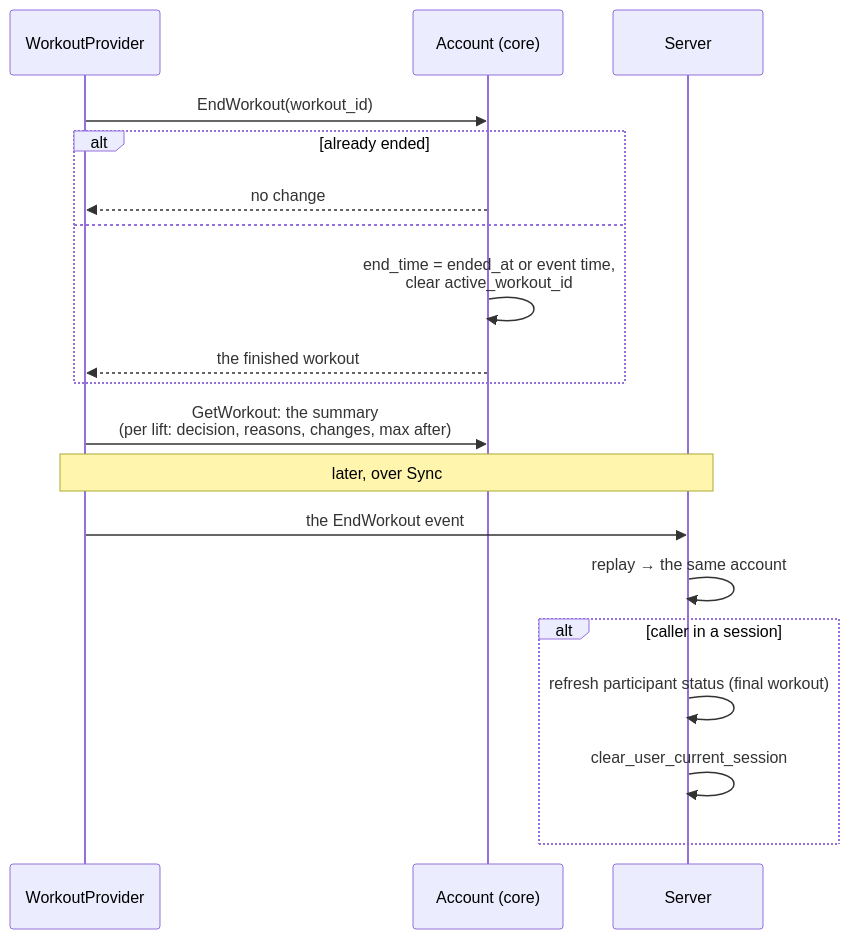
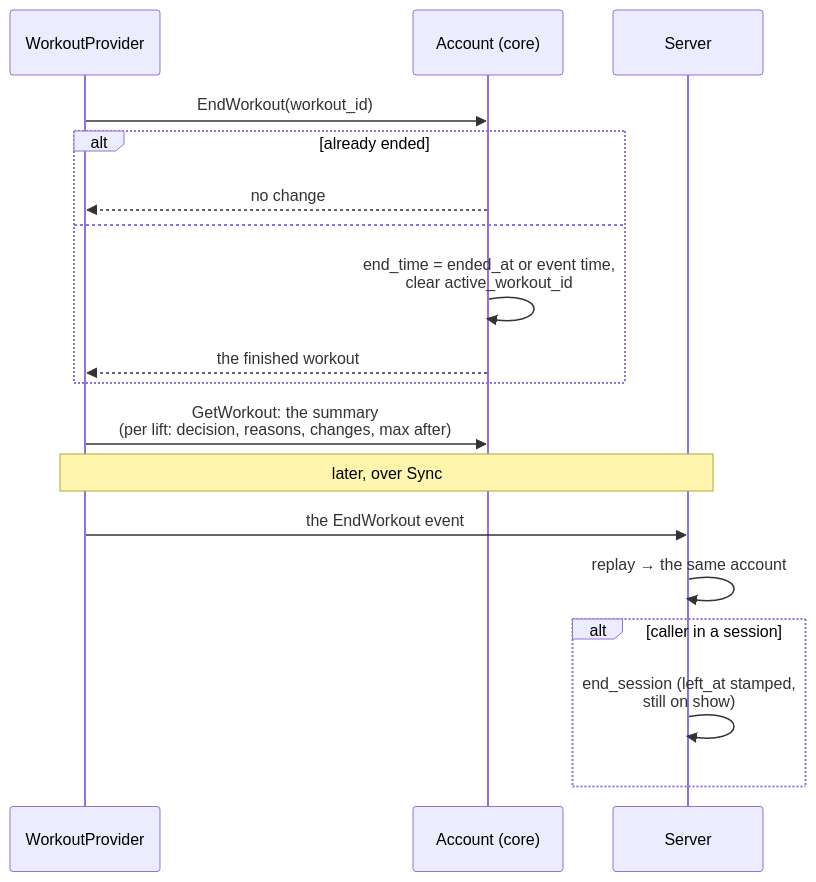
The seventh of 7 diagrams in docs/architecture/workout-lifecycle.md (brensch/lift), drawn with Mermaid before and after one commit. The commit also changed other lines of this file and 32 other files, not shown here.

````diff
--- a/docs/architecture/workout-lifecycle.md
+++ b/docs/architecture/workout-lifecycle.md
@@ -499,22 +499,21 @@
 ```mermaid
 sequenceDiagram
     participant App as WorkoutProvider
     participant A as Account (core)
     participant S as Server
 
     App->>A: EndWorkout(workout_id)
     alt already ended
         A-->>App: no change
     else
         A->>A: end_time = ended_at or event time,<br/>clear active_workout_id
         A-->>App: the finished workout
     end
     App->>A: GetWorkout: the summary<br/>(per lift: decision, reasons, changes, max after)
     Note over App,S: later, over Sync
     App->>S: the EndWorkout event
     S->>S: replay → the same account
     alt caller in a session
-        S->>S: refresh participant status (final workout)
-        S->>S: clear_user_current_session
+        S->>S: end_session (left_at stamped,<br/>still on show)
     end
 ```
````
